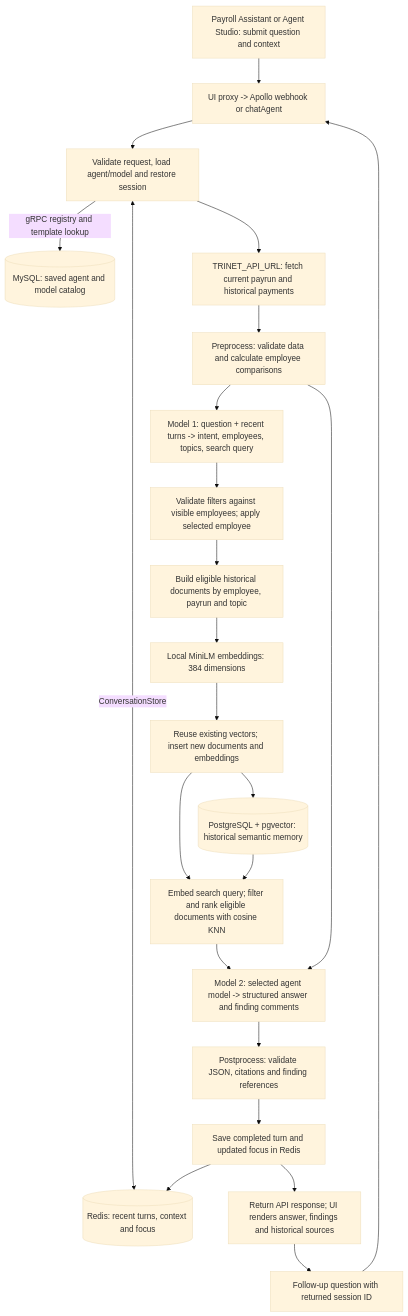
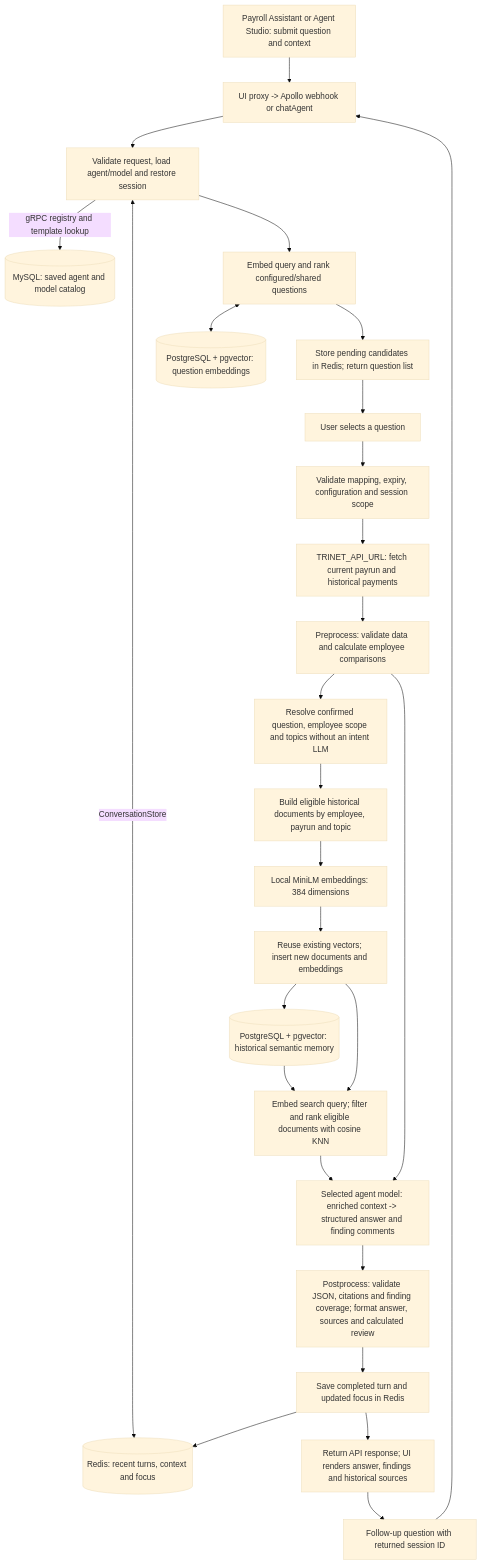
The first of 3 diagrams in backend/AGENTS.md (Tri-Hackathon-Inc/Payroll-Agent), drawn with Mermaid (base theme) before and after one commit. The commit also changed other lines of this file and 31 other files, not shown here.

````diff
--- a/backend/AGENTS.md
+++ b/backend/AGENTS.md
@@ -65,25 +65,29 @@
 ```mermaid
 flowchart TD
     UI["Payroll Assistant or Agent Studio: submit question and context"] --> API["UI proxy -> Apollo webhook or chatAgent"]
     API --> Setup["Validate request, load agent/model and restore session"]
     Setup -->|gRPC registry and template lookup| MySQL[("MySQL: saved agent and model catalog")]
     Setup <-->|ConversationStore| Redis[("Redis: recent turns, context and focus")]
-    Setup --> Load["TRINET_API_URL: fetch current payrun and historical payments"]
+    Setup --> Match["Embed query and rank configured/shared questions"]
+    Match <--> Questions[("PostgreSQL + pgvector: question embeddings")]
+    Match --> Propose["Store pending candidates in Redis; return question list"]
+    Propose --> Select["User selects a question"]
+    Select --> Confirm["Validate mapping, expiry, configuration and session scope"]
+    Confirm --> Load["TRINET_API_URL: fetch current payrun and historical payments"]
     Load --> Evidence["Preprocess: validate data and calculate employee comparisons"]
-    Evidence --> Intent["Model 1: question + recent turns -> intent, employees, topics, search query"]
-    Intent --> Filters["Validate filters against visible employees; apply selected employee"]
+    Evidence --> Filters["Resolve confirmed question, employee scope and topics without an intent LLM"]
     Filters --> Docs["Build eligible historical documents by employee, payrun and topic"]
     Docs --> Embed["Local MiniLM embeddings: 384 dimensions"]
     Embed --> Index["Reuse existing vectors; insert new documents and embeddings"]
     Index --> PG[("PostgreSQL + pgvector: historical semantic memory")]
     Index --> KNN["Embed search query; filter and rank eligible documents with cosine KNN"]
     PG --> KNN
-    KNN --> Answer["Model 2: selected agent model -> structured answer and finding comments"]
+    KNN --> Answer["Selected agent model: enriched context -> structured answer and finding comments"]
     Evidence --> Answer
-    Answer --> Validate["Postprocess: validate JSON, citations and finding references"]
+    Answer --> Validate["Postprocess: validate JSON, citations and finding coverage; format answer, sources and calculated review"]
     Validate --> Save["Save completed turn and updated focus in Redis"]
     Save --> Redis
     Save --> Reply["Return API response; UI renders answer, findings and historical sources"]
     Reply --> Followup["Follow-up question with returned session ID"]
     Followup --> API
 ```
````
